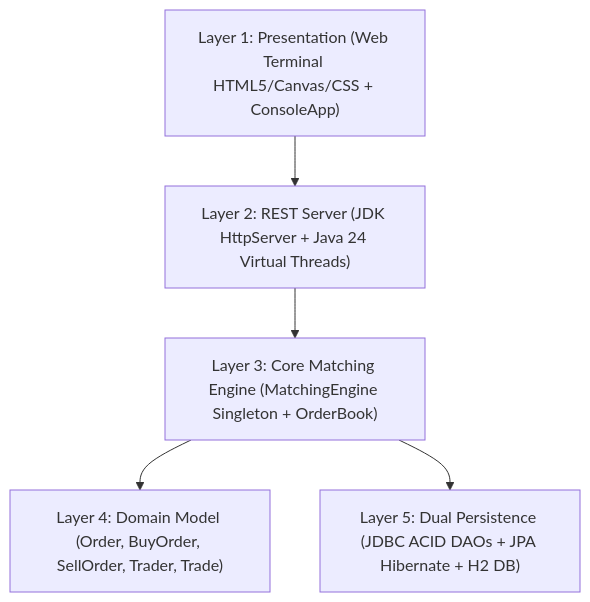
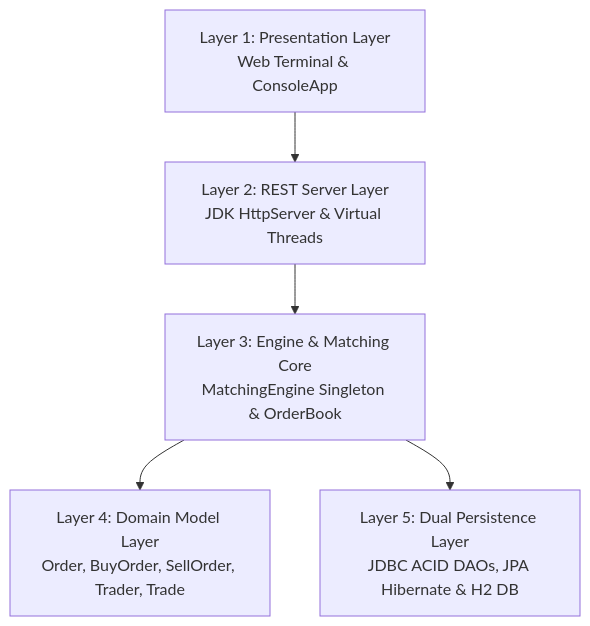
One commit to mansi25bai11449-uni/Market-Pulse changed the first of 3 diagrams in README.md. Above: the diagram before and after it, drawn with Mermaid. The commit also changed other lines of this file, not shown here.

Commit message:
Fix Mermaid flowchart, sequence and ER diagram rendering in README.md

````diff
--- a/README.md
+++ b/README.md
@@ -62,7 +62,7 @@
 ```mermaid
-graph TD
-    L1["Layer 1: Presentation (Web Terminal HTML5/Canvas/CSS + ConsoleApp)"] --> L2["Layer 2: REST Server (JDK HttpServer + Java 24 Virtual Threads)"]
-    L2 --> L3["Layer 3: Core Matching Engine (MatchingEngine Singleton + OrderBook)"]
-    L3 --> L4["Layer 4: Domain Model (Order, BuyOrder, SellOrder, Trader, Trade)"]
-    L3 --> L5["Layer 5: Dual Persistence (JDBC ACID DAOs + JPA Hibernate + H2 DB)"]
+flowchart TD
+    L1["Layer 1: Presentation Layer<br/>Web Terminal & ConsoleApp"] --> L2["Layer 2: REST Server Layer<br/>JDK HttpServer & Virtual Threads"]
+    L2 --> L3["Layer 3: Engine & Matching Core<br/>MatchingEngine Singleton & OrderBook"]
+    L3 --> L4["Layer 4: Domain Model Layer<br/>Order, BuyOrder, SellOrder, Trader, Trade"]
+    L3 --> L5["Layer 5: Dual Persistence Layer<br/>JDBC ACID DAOs, JPA Hibernate & H2 DB"]
 ```
````
